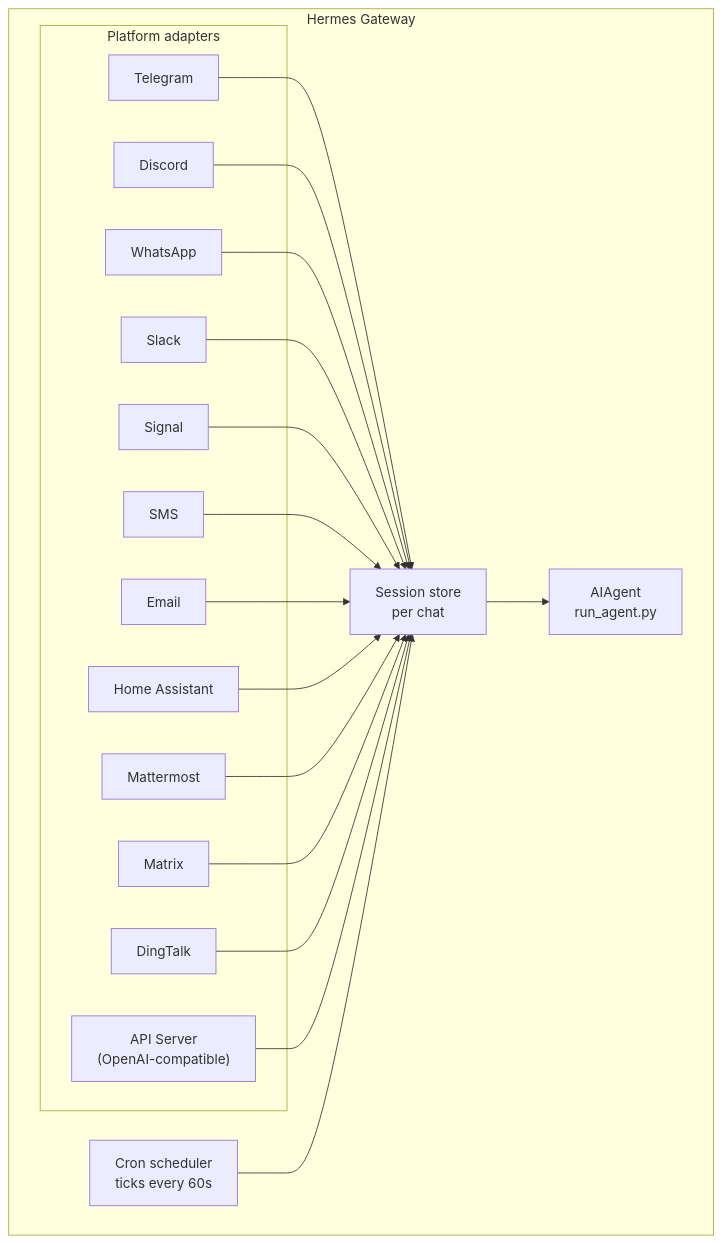
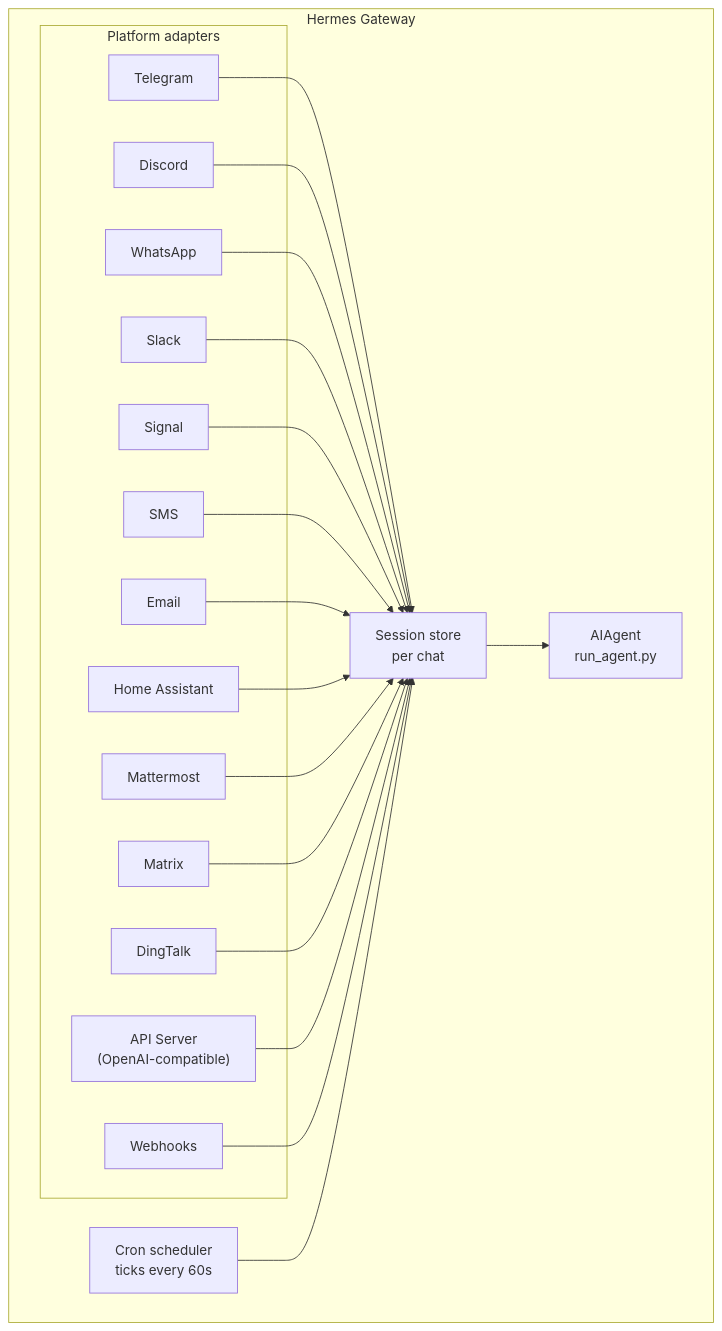
The diagram in website/docs/user-guide/messaging/index.md (NousResearch/hermes-agent), drawn with Mermaid before and after one commit. The commit also changed other lines of this file and 4 other files, not shown here.

````diff
--- a/website/docs/user-guide/messaging/index.md
+++ b/website/docs/user-guide/messaging/index.md
@@ -15,38 +15,40 @@
 ```mermaid
 flowchart TB
     subgraph Gateway["Hermes Gateway"]
         subgraph Adapters["Platform adapters"]
             tg[Telegram]
             dc[Discord]
             wa[WhatsApp]
             sl[Slack]
             sig[Signal]
             sms[SMS]
             em[Email]
             ha[Home Assistant]
             mm[Mattermost]
             mx[Matrix]
             dt[DingTalk]
             api["API Server<br/>(OpenAI-compatible)"]
+            wh[Webhooks]
         end
 
         store["Session store<br/>per chat"]
         agent["AIAgent<br/>run_agent.py"]
         cron["Cron scheduler<br/>ticks every 60s"]
     end
 
     tg --> store
     dc --> store
     wa --> store
     sl --> store
     sig --> store
     sms --> store
     em --> store
     ha --> store
     mm --> store
     mx --> store
     dt --> store
     api --> store
+    wh --> store
     store --> agent
     cron --> store
 ```
````
